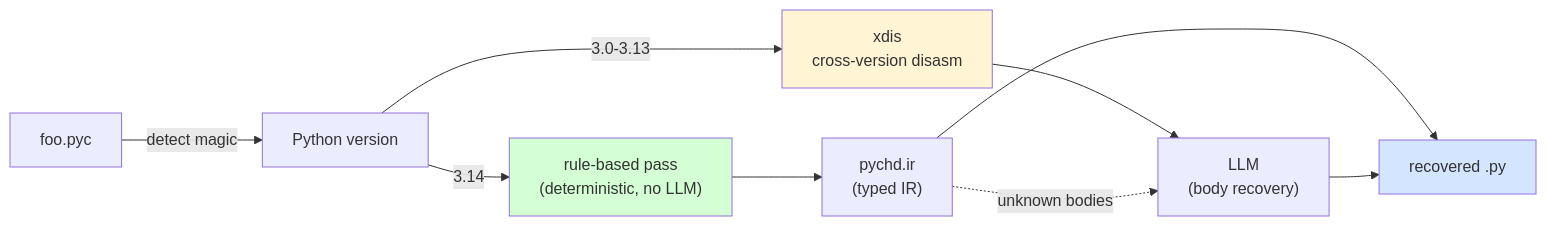
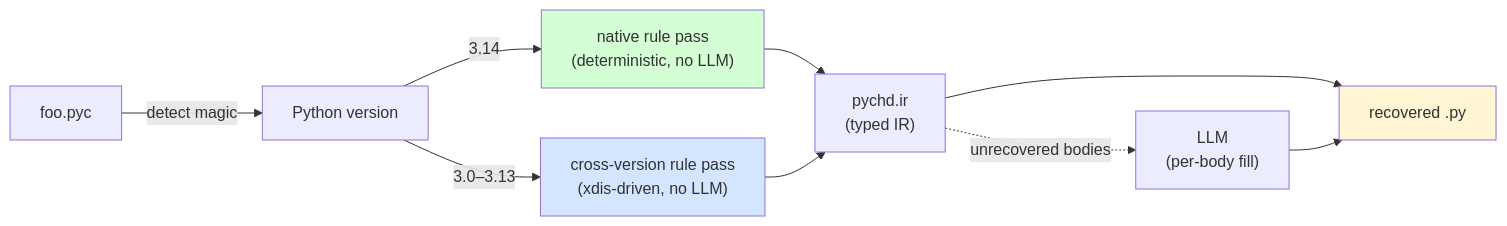
The diagram in README.md (diohabara/pychd), drawn with Mermaid before and after one commit. The commit also changed other lines of this file and 20 other files, not shown here.

````diff
--- a/README.md
+++ b/README.md
@@ -14,13 +28,13 @@
 ```mermaid
 flowchart LR
     pyc["foo.pyc"] -- detect magic --> ver["Python version"]
-    ver -- 3.14 --> rules["rule-based pass<br/>(deterministic, no LLM)"]
-    ver -- "3.0-3.13" --> xdis["xdis<br/>cross-version disasm"]
-    rules --> ir["pychd.ir<br/>(typed IR)"]
-    xdis --> llm["LLM<br/>(body recovery)"]
-    ir -. unknown bodies .-> llm
+    ver -- 3.14 --> nat["native rule pass<br/>(deterministic, no LLM)"]
+    ver -- "3.0–3.13" --> cv["cross-version rule pass<br/>(xdis-driven, no LLM)"]
+    nat --> ir["pychd.ir<br/>(typed IR)"]
+    cv --> ir
+    ir -. unrecovered bodies .-> llm["LLM<br/>(per-body fill)"]
     ir & llm --> rec["recovered .py"]
-    style rules fill:#d4ffd4
-    style xdis fill:#fff4d4
-    style rec fill:#d4e6ff
+    style nat fill:#d4ffd4
+    style cv fill:#d4e6ff
+    style rec fill:#fff4d4
 ```
````
